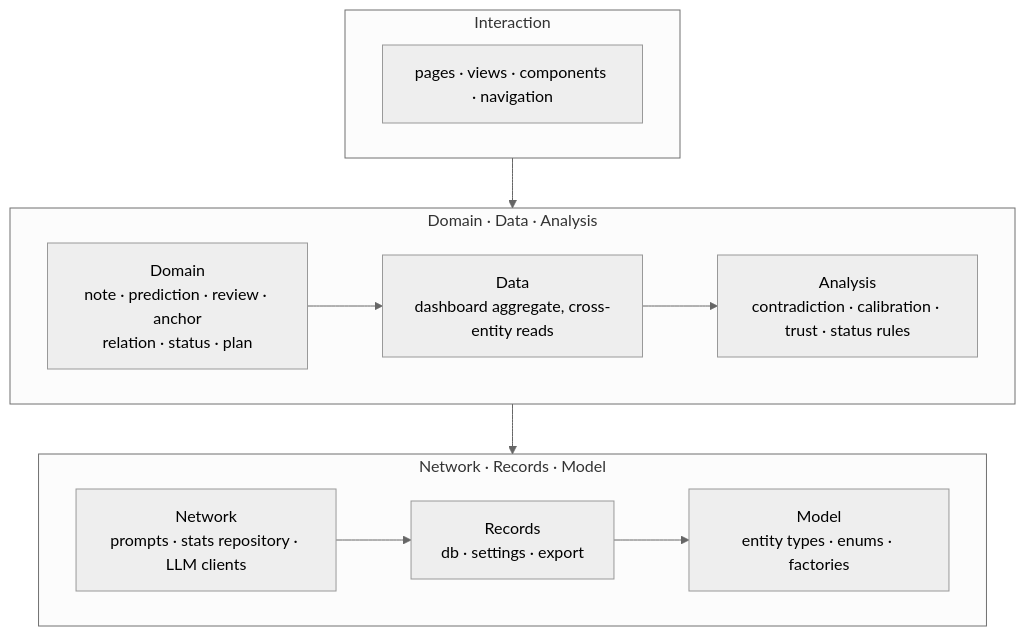
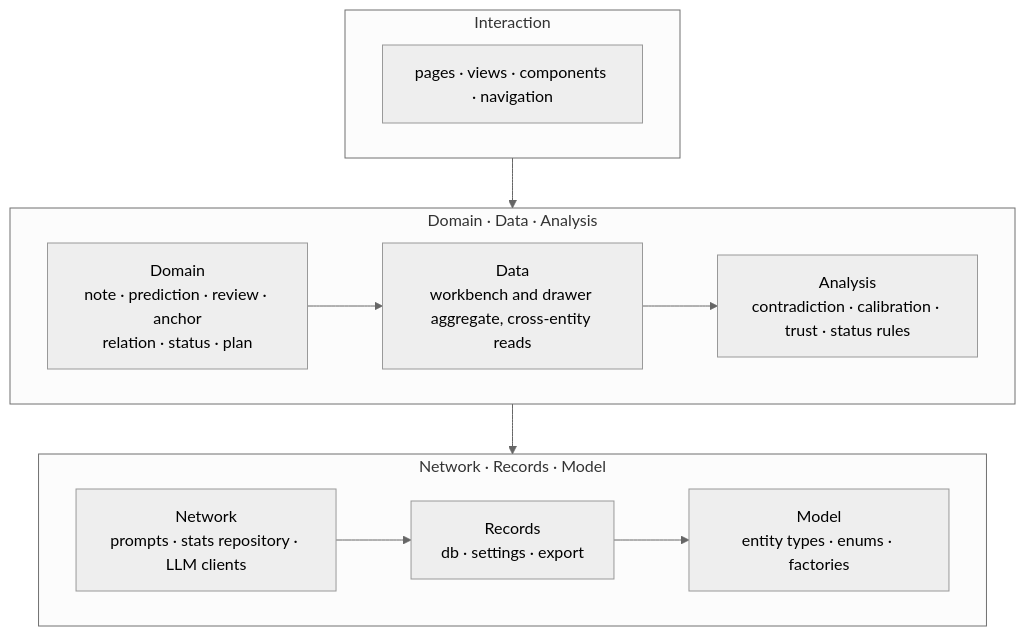
The diagram in README.md (SunshineMahiru/cogit-lucid-workbench), drawn with Mermaid (neutral theme) before and after one commit. The commit also changed other lines of this file and 1 other file, not shown here.

````diff
--- a/README.md
+++ b/README.md
@@ -67,20 +70,20 @@
 ```mermaid
 flowchart TB
   subgraph surface["Interaction"]
     interaction["pages · views · components · navigation"]
   end
   subgraph core["Domain · Data · Analysis"]
     domain["Domain<br/>note · prediction · review · anchor<br/>relation · status · plan"]
-    data["Data<br/>dashboard aggregate, cross-entity reads"]
+    data["Data<br/>workbench and drawer aggregate, cross-entity reads"]
     analysis["Analysis<br/>contradiction · calibration · trust · status rules"]
     domain --> data --> analysis
   end
   subgraph foundation["Network · Records · Model"]
     network["Network<br/>prompts · stats repository · LLM clients"]
     records["Records<br/>db · settings · export"]
     model["Model<br/>entity types · enums · factories"]
     network --> records --> model
   end
   surface --> core
   core --> foundation
 ```
````
